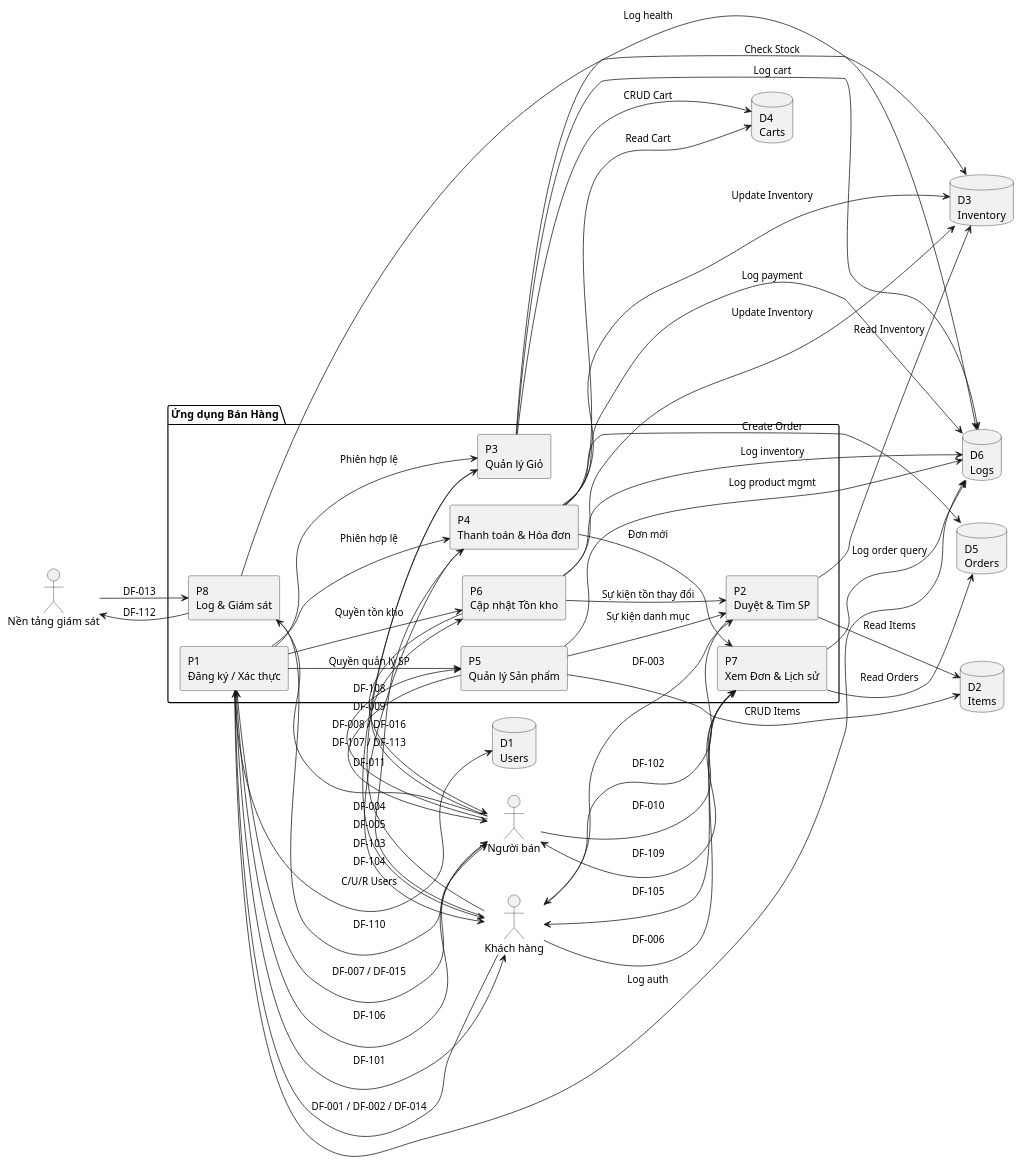
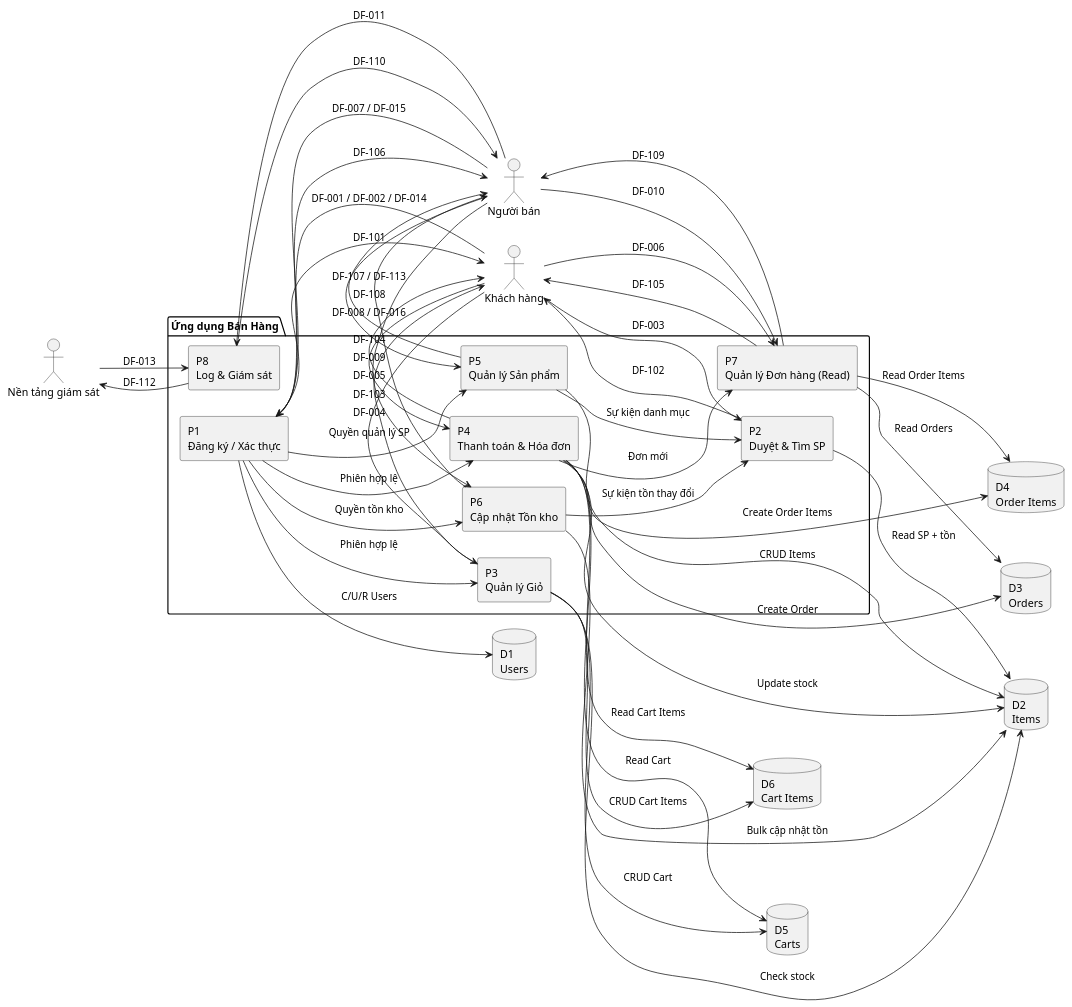
One commit to KhoaNguyen01004/QuanLyBanHang changed the diagram in Diagrams/software_dfd_level1.puml. Above: the diagram before and after it, drawn with PlantUML. The commit also changed 2 other files, not shown here.

```diff
--- a/Diagrams/software_dfd_level1.puml
+++ b/Diagrams/software_dfd_level1.puml
@@ -1,84 +1,80 @@
 @startuml DFD_Level_1
 hide stereotype
 left to right direction
 ' Legend: P# = Process, D# = Data Store
 
 actor "Khách hàng" as Customer
 actor "Người bán" as Merchant
 actor "Nền tảng giám sát" as Monitor
 
 package "Ứng dụng Bán Hàng" as System {
   rectangle "P1\nĐăng ký / Xác thực" as P1
   rectangle "P2\nDuyệt & Tìm SP" as P2
   rectangle "P3\nQuản lý Giỏ" as P3
   rectangle "P4\nThanh toán & Hóa đơn" as P4
   rectangle "P5\nQuản lý Sản phẩm" as P5
   rectangle "P6\nCập nhật Tồn kho" as P6
-  rectangle "P7\nXem Đơn & Lịch sử" as P7
+  rectangle "P7\nQuản lý Đơn hàng (Read)" as P7
   rectangle "P8\nLog & Giám sát" as P8
 }
 
 ' Data Stores
 database "D1\nUsers" as D1
 database "D2\nItems" as D2
-database "D3\nInventory" as D3
-database "D4\nCarts" as D4
-database "D5\nOrders" as D5
-database "D6\nLogs" as D6
+database "D3\nOrders" as D3
+database "D4\nOrder Items" as D4
+database "D5\nCarts" as D5
+database "D6\nCart Items" as D6
 
 ' External interactions
 Customer --> P1 : DF-001 / DF-002 / DF-014
 Customer --> P2 : DF-003
 Customer --> P3 : DF-004
 Customer --> P4 : DF-005
 Customer --> P7 : DF-006
 Merchant --> P1 : DF-007 / DF-015
 Merchant --> P5 : DF-008 / DF-016
 Merchant --> P6 : DF-009
 Merchant --> P7 : DF-010
 Merchant --> P8 : DF-011
 Monitor --> P8 : DF-013
 
 ' Process-to-process
 P1 --> P3 : Phiên hợp lệ
 P1 --> P4 : Phiên hợp lệ
 P1 --> P5 : Quyền quản lý SP
 P1 --> P6 : Quyền tồn kho
 P4 --> P7 : Đơn mới
 P6 --> P2 : Sự kiện tồn thay đổi
 P5 --> P2 : Sự kiện danh mục
 
 ' Process ↔ Data Store
 P1 --> D1 : C/U/R Users
-P1 --> D6 : Log auth
-P2 --> D2 : Read Items
-P2 --> D3 : Read Inventory
-P3 --> D4 : CRUD Cart
-P3 --> D3 : Check Stock
-P3 --> D6 : Log cart
-P4 --> D4 : Read Cart
-P4 --> D5 : Create Order
-P4 --> D3 : Update Inventory
-P4 --> D6 : Log payment
+P2 --> D2 : Read SP + tồn
+P3 --> D5 : CRUD Cart
+P3 --> D6 : CRUD Cart Items
+P3 --> D2 : Check stock
+P4 --> D5 : Read Cart
+P4 --> D6 : Read Cart Items
+P4 --> D3 : Create Order
+P4 --> D4 : Create Order Items
+P4 --> D2 : Update stock
 P5 --> D2 : CRUD Items
-P5 --> D6 : Log product mgmt
-P6 --> D3 : Update Inventory
-P6 --> D6 : Log inventory
-P7 --> D5 : Read Orders
-P7 --> D6 : Log order query
-P8 --> D6 : Log health
+P6 --> D2 : Bulk cập nhật tồn
+P7 --> D3 : Read Orders
+P7 --> D4 : Read Order Items
 
 ' Process responses
 P1 --> Customer : DF-101
 P2 --> Customer : DF-102
 P3 --> Customer : DF-103
 P4 --> Customer : DF-104
 P7 --> Customer : DF-105
 P1 --> Merchant : DF-106
 P5 --> Merchant : DF-107 / DF-113
 P6 --> Merchant : DF-108
 P7 --> Merchant : DF-109
 P8 --> Merchant : DF-110
 P8 --> Monitor : DF-112
 
 @enduml
```
